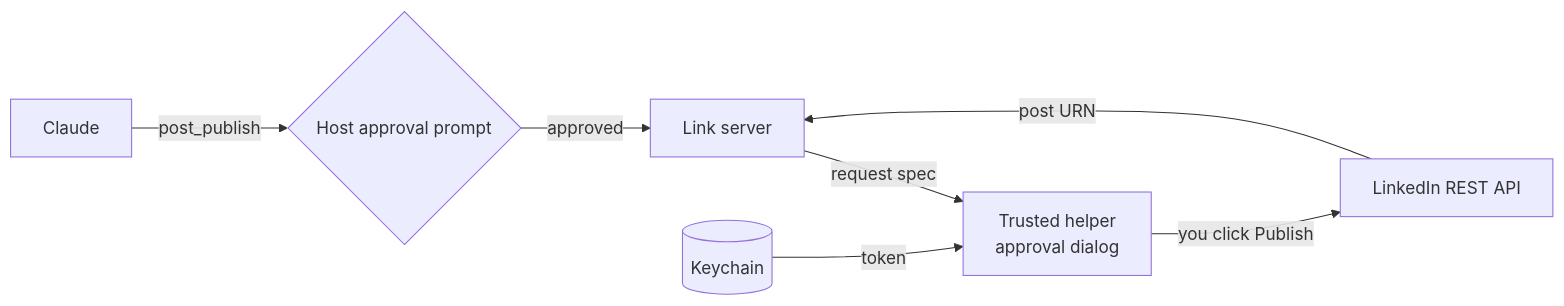
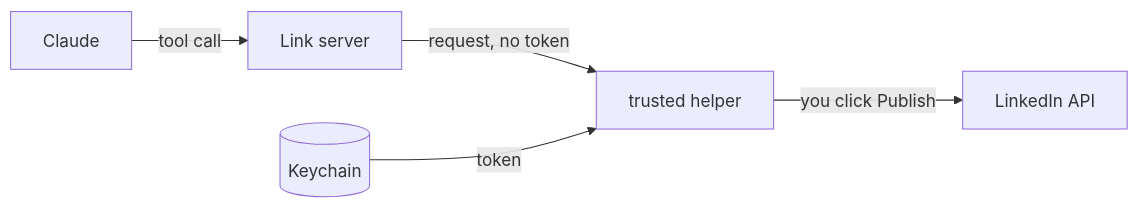
Before and after one commit to Colorado-Startups/link: the diagram in README.md, drawn with Mermaid. The commit also changed other lines of this file and 7 other files, not shown here.

First line of the commit message:
Docs: every doc under the reading goal, diagrams, threat model (#11)

````diff
--- a/README.md
+++ b/README.md
@@ -32,9 +5,7 @@
 ```mermaid
 flowchart LR
-  C[Claude] -->|post_publish| H{Host approval prompt}
-  H -->|approved| L[Link server]
-  L -->|request spec| T[Trusted helper<br/>approval dialog]
-  S[(Keychain)] -->|token| T
-  T -->|you click Publish| A[LinkedIn REST API]
-  A -->|post URN| L
+  C[Claude] -->|tool call| L[Link server]
+  L -->|request, no token| T[trusted helper]
+  K[(Keychain)] -->|token| T
+  T -->|you click Publish| A[LinkedIn API]
 ```
````
